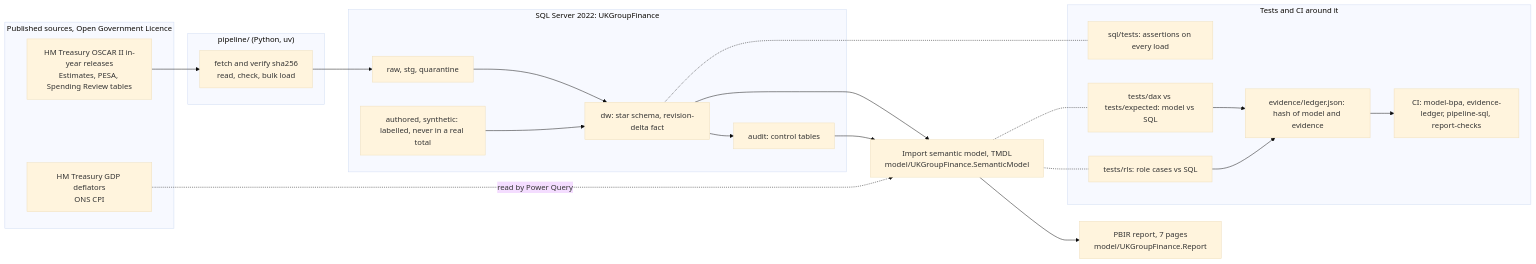
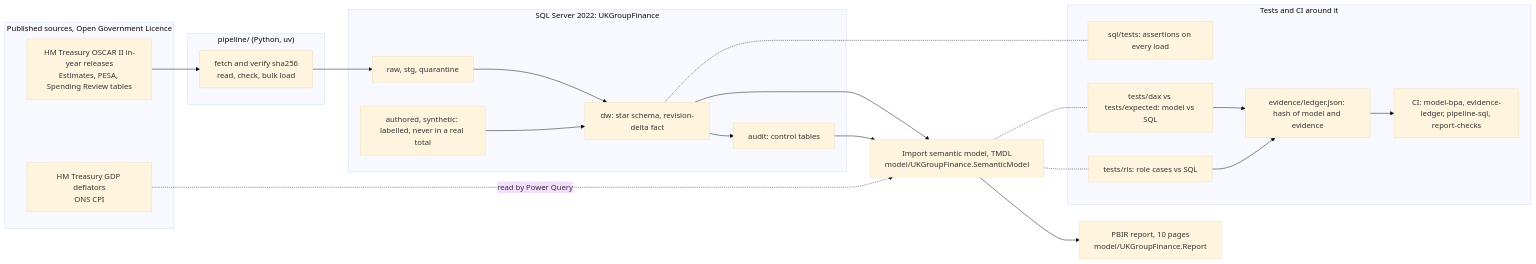
One commit to Shivansh9307/uk-group-finance-reporting changed the diagram in README.md. Above: the diagram before and after it, drawn with Mermaid (base theme). The commit also changed other lines of this file and 156 other files, not shown here.

````diff
--- a/README.md
+++ b/README.md
@@ -44,39 +46,39 @@
 ```mermaid
 flowchart LR
   subgraph SRC["Published sources, Open Government Licence"]
     S1["HM Treasury OSCAR II in-year releases<br/>Estimates, PESA, Spending Review tables"]
     S2["HM Treasury GDP deflators<br/>ONS CPI"]
   end
   subgraph PIPE["pipeline/ (Python, uv)"]
     P1["fetch and verify sha256<br/>read, check, bulk load"]
   end
   subgraph DB["SQL Server 2022: UKGroupFinance"]
     D1["raw, stg, quarantine"]
     D2["dw: star schema, revision-delta fact"]
     D3["audit: control tables"]
     D4["authored, synthetic: labelled, never in a real total"]
     D1 --> D2
     D2 --> D3
   end
   M["Import semantic model, TMDL<br/>model/UKGroupFinance.SemanticModel"]
-  R["PBIR report, 7 pages<br/>model/UKGroupFinance.Report"]
+  R["PBIR report, 10 pages<br/>model/UKGroupFinance.Report"]
   S1 --> P1 --> D1
   D4 --> D2
   D2 --> M
   D3 --> M
   S2 -. "read by Power Query" .-> M
   M --> R
   subgraph CHK["Tests and CI around it"]
     T1["sql/tests: assertions on every load"]
     T2["tests/dax vs tests/expected: model vs SQL"]
     T3["tests/rls: role cases vs SQL"]
     T4["evidence/ledger.json: hash of model and evidence"]
     T5["CI: model-bpa, evidence-ledger, pipeline-sql, report-checks"]
   end
   D2 -.- T1
   M -.- T2
   M -.- T3
   T2 --> T4
   T3 --> T4
   T4 --> T5
 ```
````
